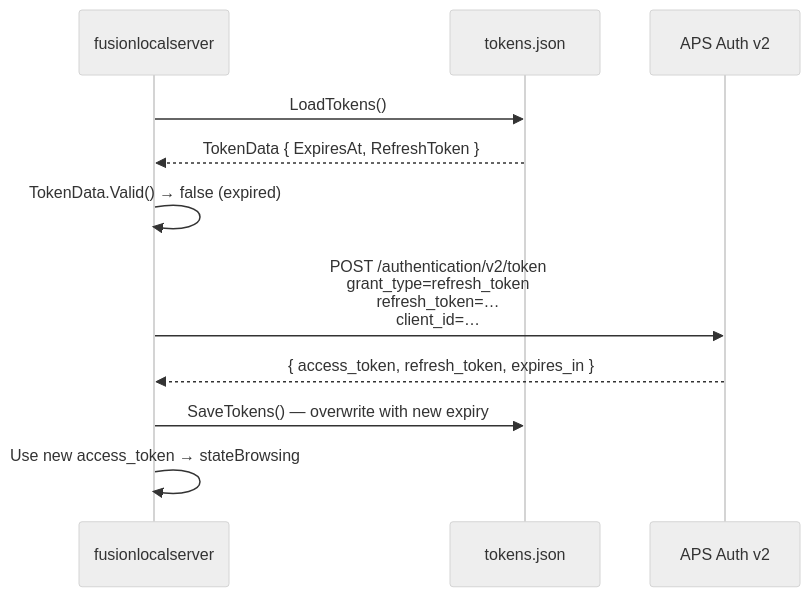
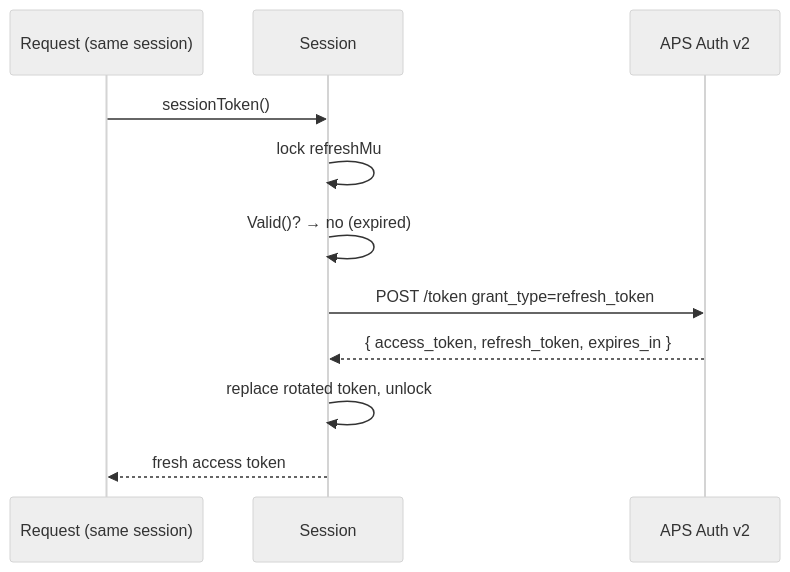
One commit to schneik80/fusionlocalserver changed the third of 3 diagrams in docs/authentication.md. Above: the diagram before and after it, drawn with Mermaid (neutral theme). The commit also changed other lines of this file and 13 other files, not shown here.

````diff
--- a/docs/authentication.md
+++ b/docs/authentication.md
@@ -76,14 +120,14 @@
 ```mermaid
 sequenceDiagram
-    participant App as fusionlocalserver
-    participant FS as tokens.json
+    participant R as Request (same session)
+    participant S as Session
     participant APS as APS Auth v2
 
-    App->>FS: LoadTokens()
-    FS-->>App: TokenData { ExpiresAt, RefreshToken }
-    App->>App: TokenData.Valid() → false (expired)
-    App->>APS: POST /authentication/v2/token<br/>grant_type=refresh_token<br/>refresh_token=…<br/>client_id=…
-    APS-->>App: { access_token, refresh_token, expires_in }
-    App->>FS: SaveTokens() — overwrite with new expiry
-    App->>App: Use new access_token → stateBrowsing
+    R->>S: sessionToken()
+    S->>S: lock refreshMu
+    S->>S: Valid()? → no (expired)
+    S->>APS: POST /token grant_type=refresh_token
+    APS-->>S: { access_token, refresh_token, expires_in }
+    S->>S: replace rotated token, unlock
+    S-->>R: fresh access token
 ```
````
